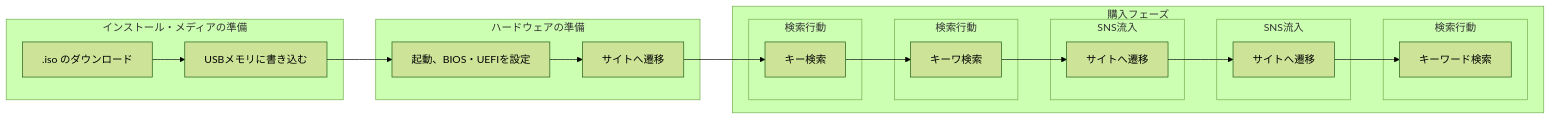
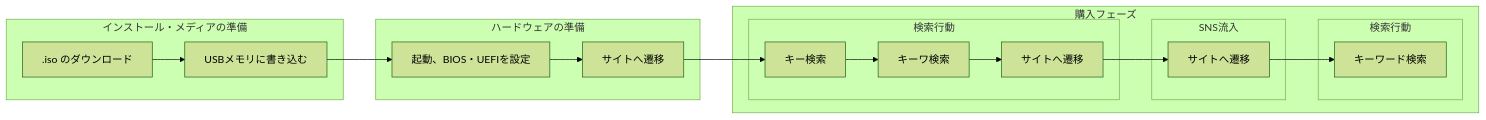
The diagram in linux-install-02.md (hobby-pc2026/linux-install), drawn with Mermaid (forest theme) before and after one commit.

````diff
--- a/linux-install-02.md
+++ b/linux-install-02.md
@@ -3,30 +3,26 @@
 ```mermaid
 flowchart LR
     subgraph フェーズ1 [インストール・メディアの準備]
 
             A[.iso のダウンロード] --> B[USBメモリに書き込む]
     end
     subgraph フェーズ2 [ハードウェアの準備]
  
             B --> C[起動、BIOS・UEFIを設定]
 
             C --> E[サイトへ遷移]
      end
     subgraph フェーズ3 [購入フェーズ]
         subgraph サブ5 [検索行動]
             E --> F[キー検索]
-        end
-        subgraph サブ6 [検索行動]
             F --> G[キーワ検索]
-        end
-        subgraph サブ7 [SNS流入]
             G --> H[サイトへ遷移] 
         end
         subgraph サブ8 [SNS流入]
             H --> I[サイトへ遷移]
         end
         subgraph サブ9 [検索行動]
             I --> J[キーワード検索]
         end
     end
 ```
````
